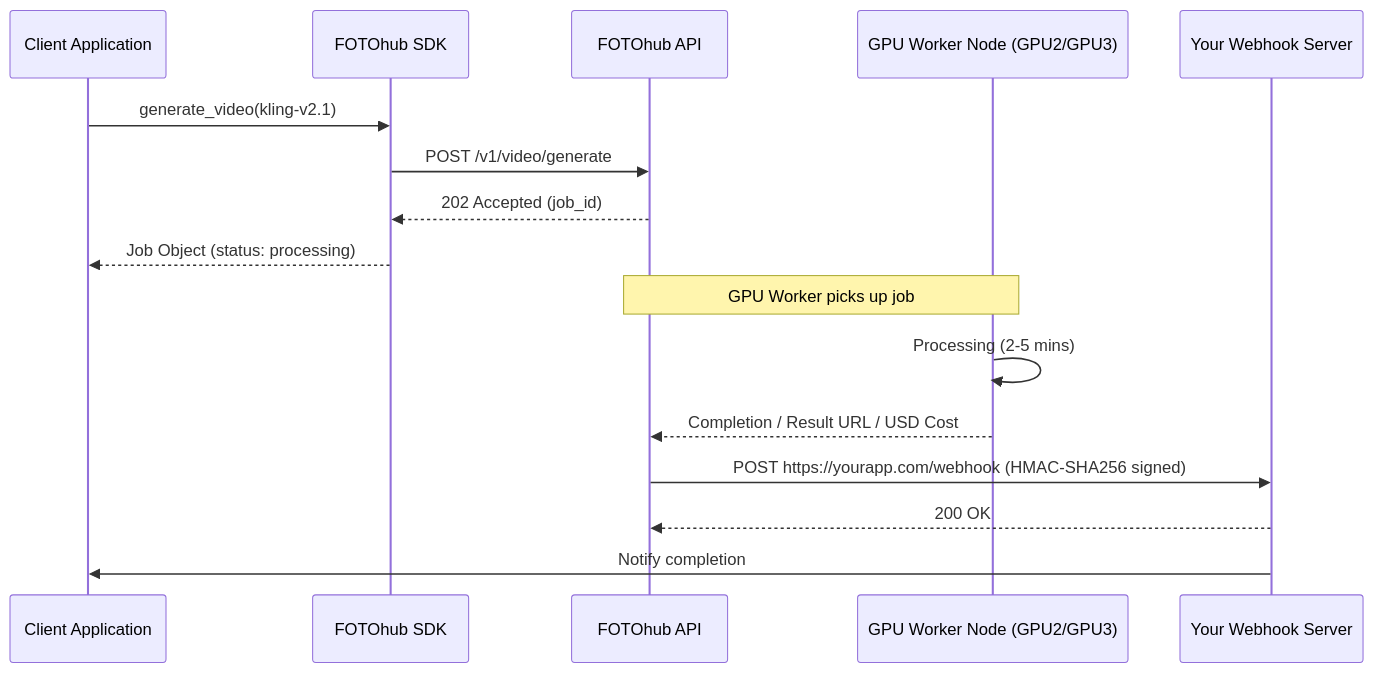
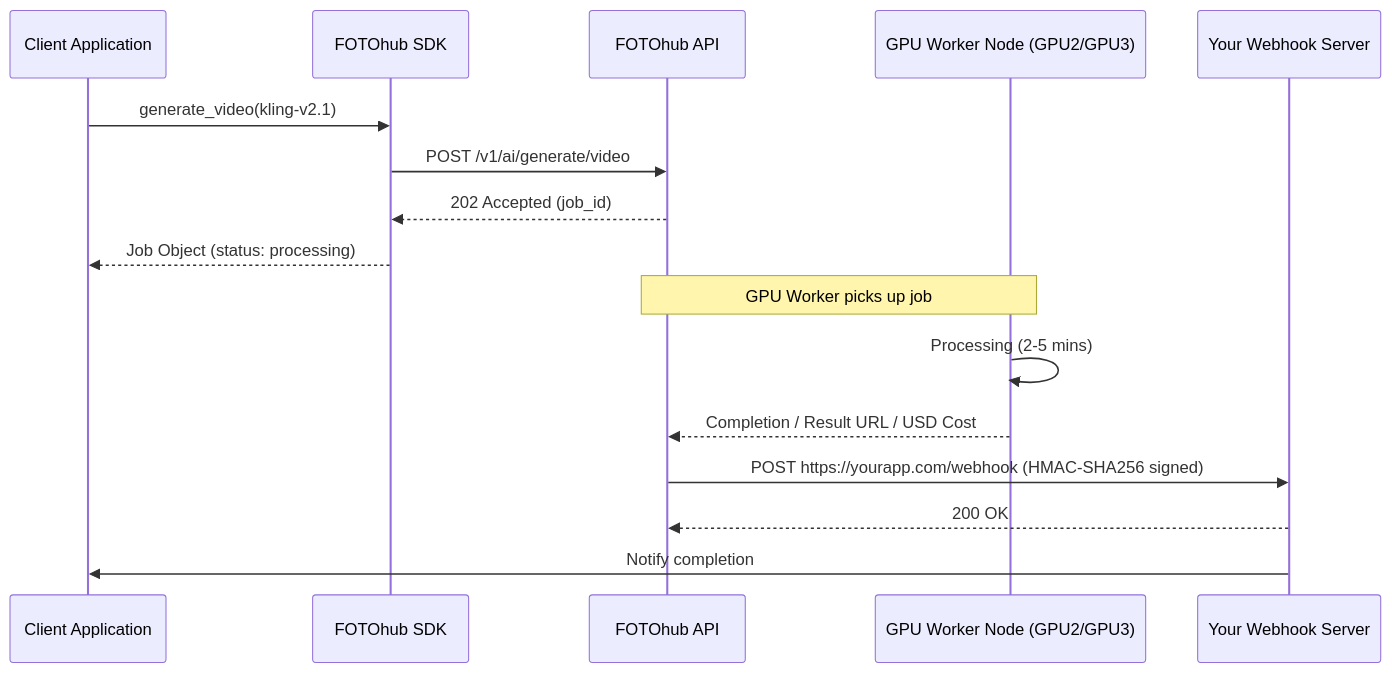
One commit to fotohubapp/docs changed the diagram in sdk/examples.md. Above: the diagram before and after it, drawn with Mermaid. The commit also changed other lines of this file and 91 other files, not shown here.

````diff
--- a/sdk/examples.md
+++ b/sdk/examples.md
@@ -19,21 +19,21 @@
 ```mermaid
 sequenceDiagram
     participant App as Client Application
     participant SDK as FOTOhub SDK
     participant API as FOTOhub API
     participant Worker as GPU Worker Node (GPU2/GPU3)
     participant Webhook as Your Webhook Server
 
     App->>SDK: generate_video(kling-v2.1)
-    SDK->>API: POST /v1/video/generate
+    SDK->>API: POST /v1/ai/generate/video
     API-->>SDK: 202 Accepted (job_id)
     SDK-->>App: Job Object (status: processing)
     
     Note over API, Worker: GPU Worker picks up job
     Worker->>Worker: Processing (2-5 mins)
     Worker-->>API: Completion / Result URL / USD Cost
     
     API->>Webhook: POST https://yourapp.com/webhook (HMAC-SHA256 signed)
     Webhook-->>API: 200 OK
     Webhook->>App: Notify completion
 ```
````
